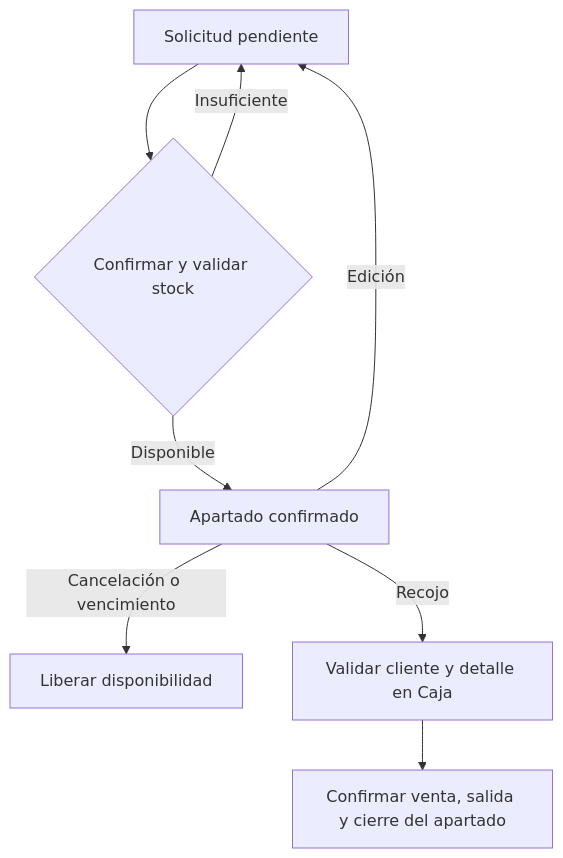
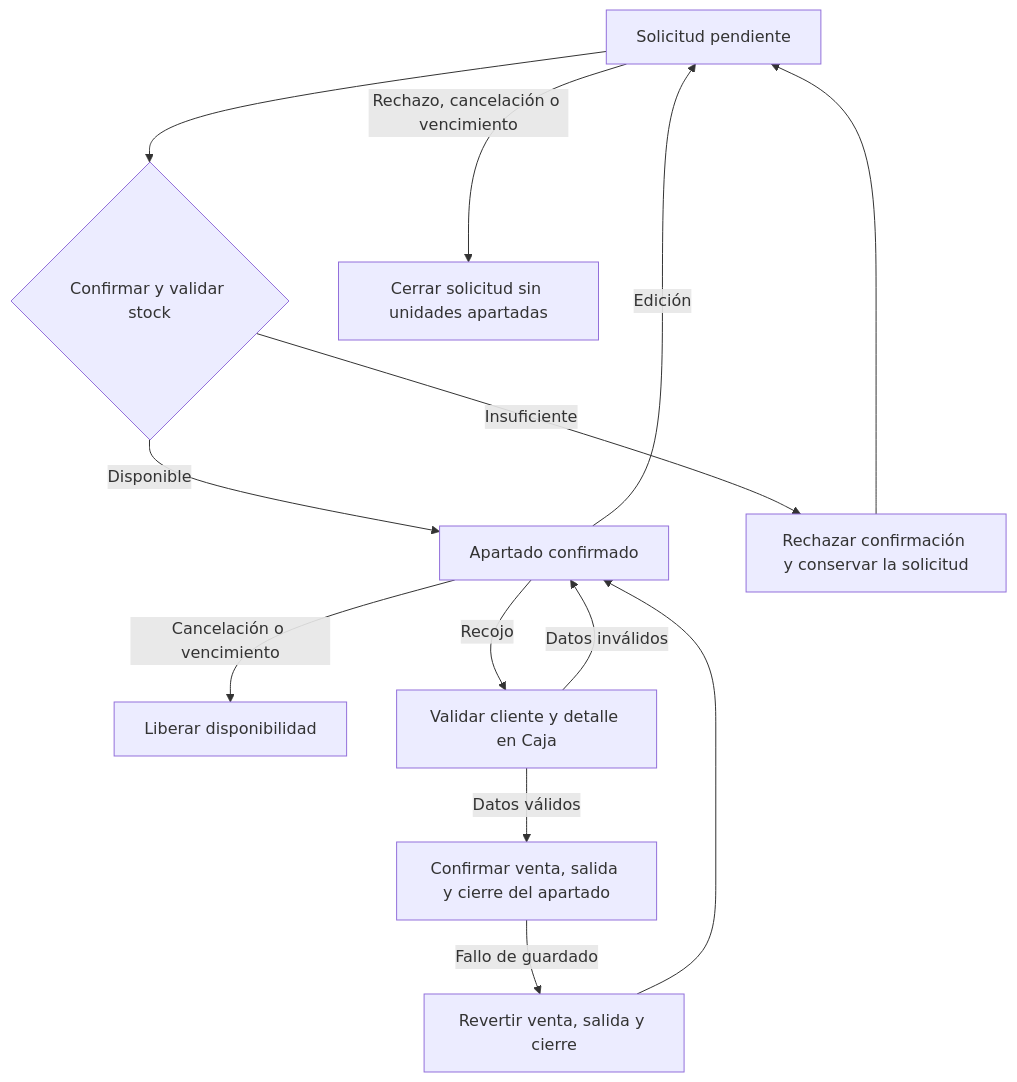
Before and after one commit to seckfly/Grupo_4_ISW_Comercial_Nazareth_Definitivo_V2: the second of 4 diagrams in modelos/modelos-v2.md, drawn with Mermaid. The commit also changed other lines of this file and 14 other files, not shown here.

````diff
--- a/modelos/modelos-v2.md
+++ b/modelos/modelos-v2.md
@@ -39,10 +58,15 @@
 ```mermaid
 flowchart TD
     P["Solicitud pendiente"] --> Q{"Confirmar y validar stock"}
     Q -->|Disponible| A["Apartado confirmado"]
-    Q -->|Insuficiente| P
+    Q -->|Insuficiente| E["Rechazar confirmación y conservar la solicitud"]
+    E --> P
+    P -->|Rechazo, cancelación o vencimiento| X["Cerrar solicitud sin unidades apartadas"]
     A -->|Edición| P
     A -->|Cancelación o vencimiento| L["Liberar disponibilidad"]
     A -->|Recojo| V["Validar cliente y detalle en Caja"]
-    V --> T["Confirmar venta, salida y cierre del apartado"]
+    V -->|Datos válidos| T["Confirmar venta, salida y cierre del apartado"]
+    V -->|Datos inválidos| A
+    T -->|Fallo de guardado| R["Revertir venta, salida y cierre"]
+    R --> A
 ```
````
